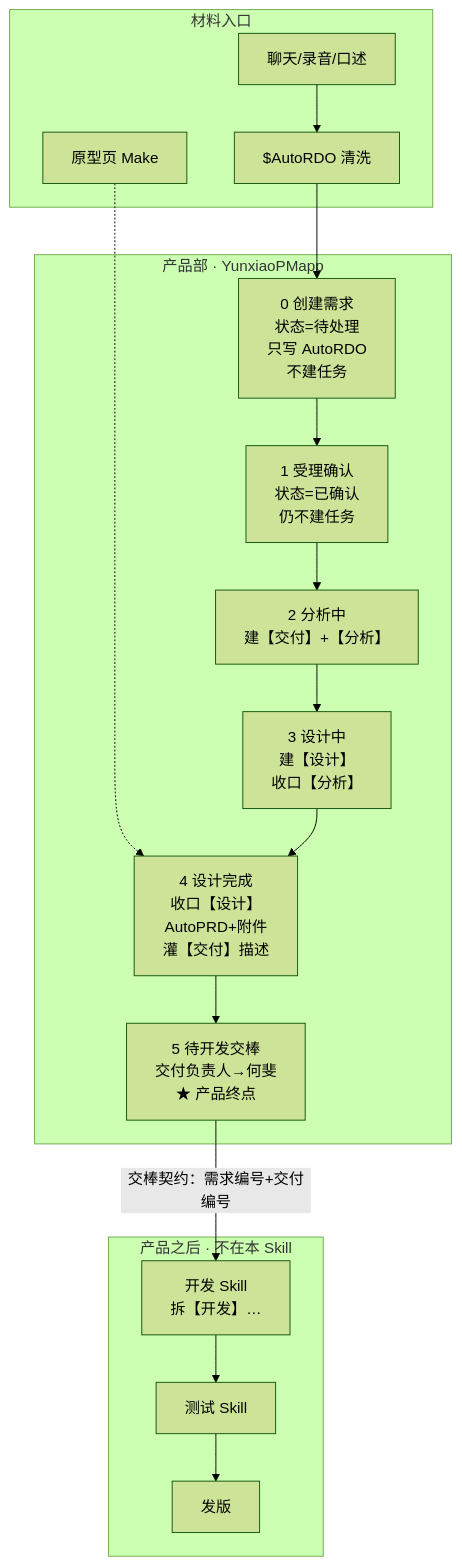
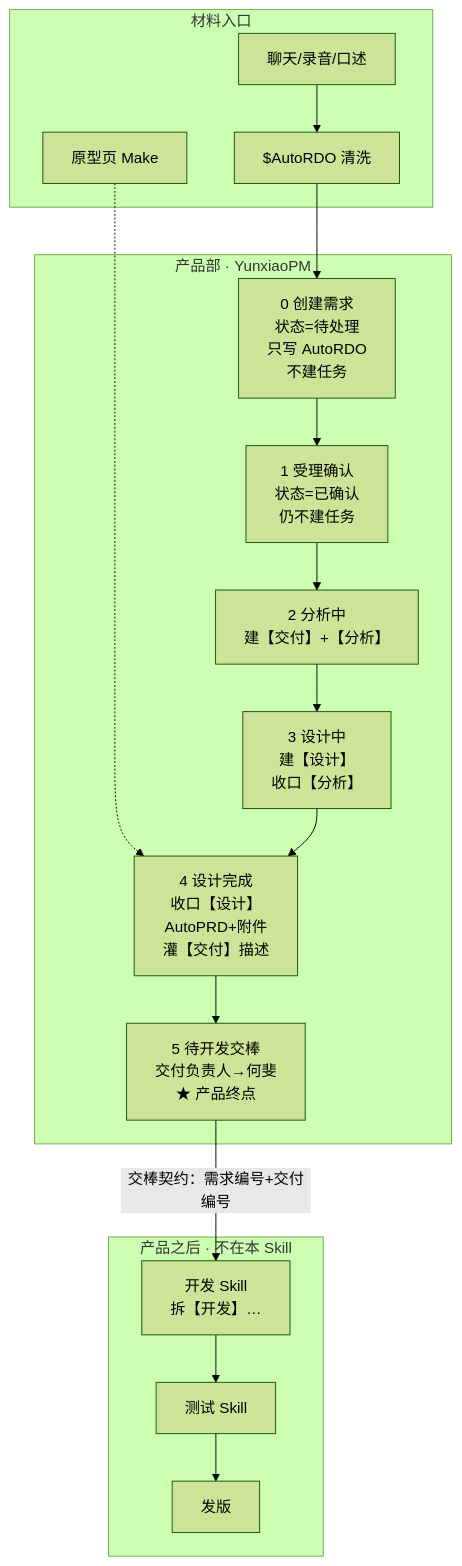
Before and after one commit to 15810879921-coder/oneos-pm-skills: the first of 4 diagrams in docs/产品部流转流程图.md, drawn with Mermaid (forest theme). The commit also changed other lines of this file and 34 other files, not shown here.

First line of the commit message:
refactor: rename skill YunxiaoPMapp → YunxiaoPM

````diff
--- a/docs/产品部流转流程图.md
+++ b/docs/产品部流转流程图.md
@@ -25,29 +25,29 @@
 ```mermaid
 flowchart TB
   subgraph inputs [材料入口]
     Chat[聊天/录音/口述]
     AutoRDO["$AutoRDO 清洗"]
     Proto[原型页 Make]
   end
 
-  subgraph pm [产品部 · YunxiaoPMapp]
+  subgraph pm [产品部 · YunxiaoPM]
     S0["0 创建需求\n状态=待处理\n只写 AutoRDO\n不建任务"]
     S1["1 受理确认\n状态=已确认\n仍不建任务"]
     S2["2 分析中\n建【交付】+【分析】"]
     S3["3 设计中\n建【设计】\n收口【分析】"]
     S4["4 设计完成\n收口【设计】\nAutoPRD+附件\n灌【交付】描述"]
     S5["5 待开发交棒\n交付负责人→何斐\n★ 产品终点"]
   end
 
   subgraph after [产品之后 · 不在本 Skill]
     Dev["开发 Skill\n拆【开发】…"]
     Test["测试 Skill"]
     Rel["发版"]
   end
 
   Chat --> AutoRDO --> S0
   Proto -.-> S4
   S0 --> S1 --> S2 --> S3 --> S4 --> S5
   S5 -->|"交棒契约：需求编号+交付编号"| Dev
   Dev --> Test --> Rel
 ```
````
